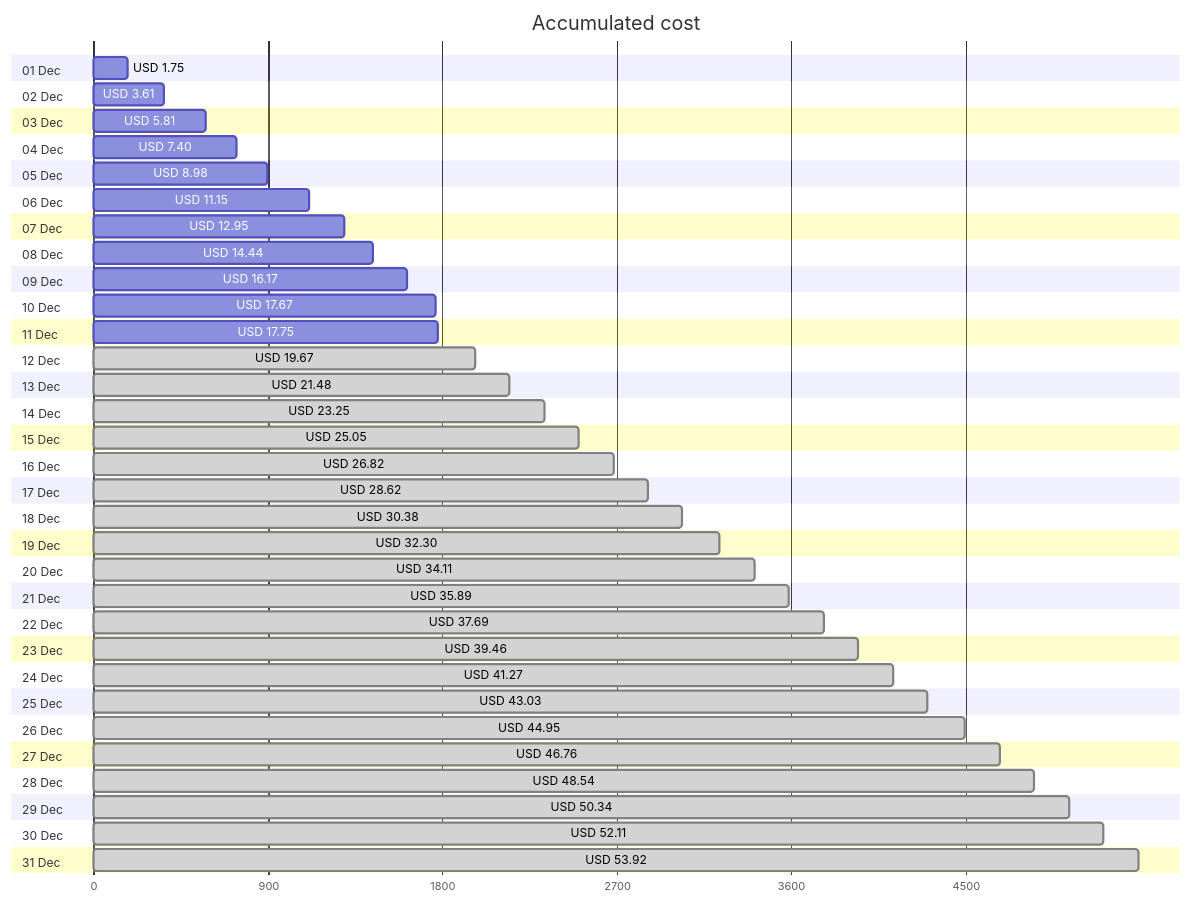
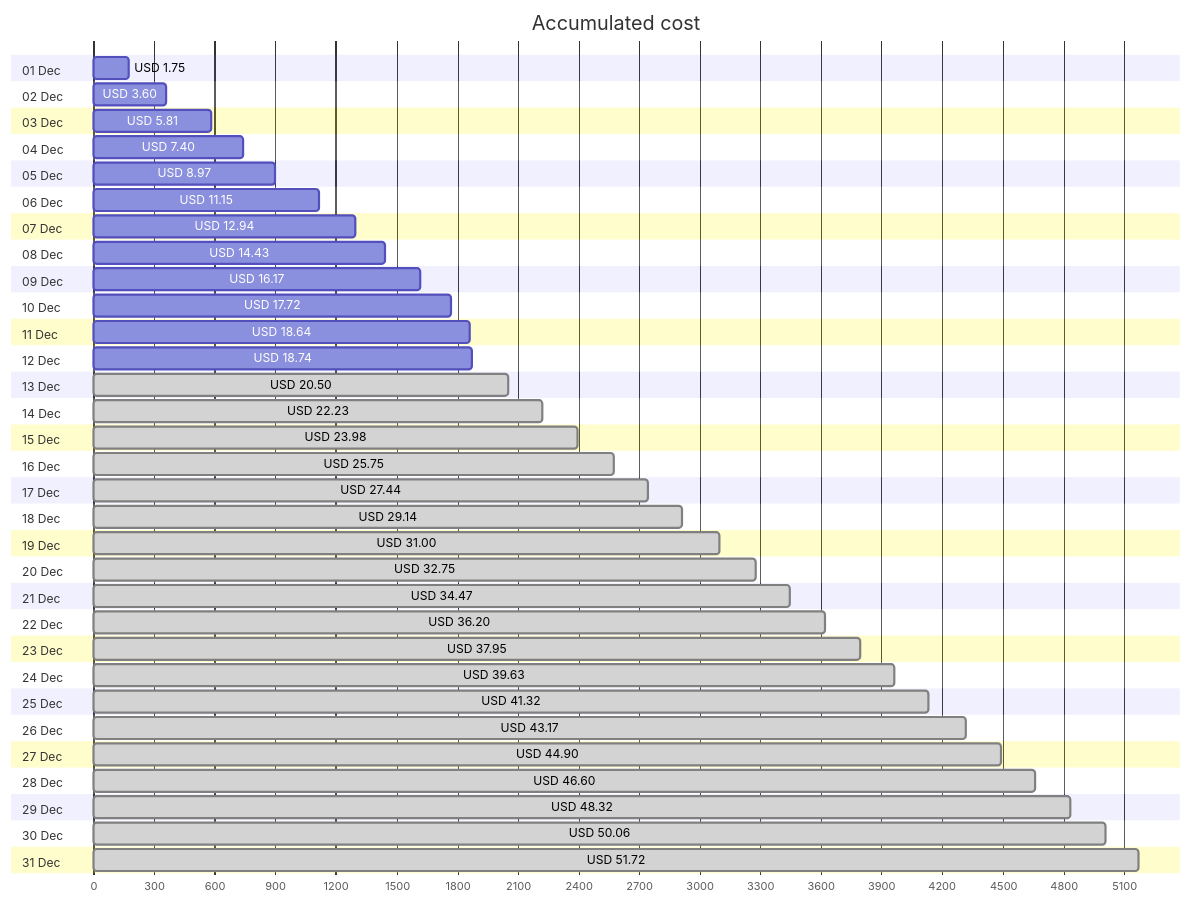
One commit to jpfulton/azure-personal-reports changed the first of 4 diagrams in cost-reports/personal-network/README.md. Above: the diagram before and after it, drawn with Mermaid. The commit also changed other lines of this file and 8 other files, not shown here.

````diff
--- a/cost-reports/personal-network/README.md
+++ b/cost-reports/personal-network/README.md
@@ -20,68 +20,68 @@
 ```mermaid
 gantt
    title Accumulated cost
    dateFormat  X
    axisFormat %s
    section 01 Dec
    USD 1.75 :0, 175
    section 02 Dec
-   USD 3.61 :0, 361
+   USD 3.60 :0, 360
    section 03 Dec
    USD 5.81 :0, 581
    section 04 Dec
    USD 7.40 :0, 740
    section 05 Dec
-   USD 8.98 :0, 898
+   USD 8.97 :0, 897
    section 06 Dec
    USD 11.15 :0, 1115
    section 07 Dec
-   USD 12.95 :0, 1295
+   USD 12.94 :0, 1294
    section 08 Dec
-   USD 14.44 :0, 1444
+   USD 14.43 :0, 1443
    section 09 Dec
    USD 16.17 :0, 1617
    section 10 Dec
-   USD 17.67 :0, 1767
+   USD 17.72 :0, 1772
    section 11 Dec
-   USD 17.75 :0, 1775
+   USD 18.64 :0, 1864
    section 12 Dec
-   USD 19.67 : done, 0, 1967
+   USD 18.74 :0, 1874
    section 13 Dec
-   USD 21.48 : done, 0, 2148
+   USD 20.50 : done, 0, 2050
    section 14 Dec
-   USD 23.25 : done, 0, 2325
+   USD 22.23 : done, 0, 2223
    section 15 Dec
-   USD 25.05 : done, 0, 2505
+   USD 23.98 : done, 0, 2398
    section 16 Dec
-   USD 26.82 : done, 0, 2682
+   USD 25.75 : done, 0, 2575
    section 17 Dec
-   USD 28.62 : done, 0, 2862
+   USD 27.44 : done, 0, 2744
    section 18 Dec
-   USD 30.38 : done, 0, 3038
+   USD 29.14 : done, 0, 2914
    section 19 Dec
-   USD 32.30 : done, 0, 3230
+   USD 31.00 : done, 0, 3100
    section 20 Dec
-   USD 34.11 : done, 0, 3411
+   USD 32.75 : done, 0, 3275
    section 21 Dec
-   USD 35.89 : done, 0, 3589
+   USD 34.47 : done, 0, 3447
    section 22 Dec
-   USD 37.69 : done, 0, 3769
+   USD 36.20 : done, 0, 3620
    section 23 Dec
-   USD 39.46 : done, 0, 3946
+   USD 37.95 : done, 0, 3795
    section 24 Dec
-   USD 41.27 : done, 0, 4127
+   USD 39.63 : done, 0, 3963
    section 25 Dec
-   USD 43.03 : done, 0, 4303
+   USD 41.32 : done, 0, 4132
    section 26 Dec
-   USD 44.95 : done, 0, 4495
+   USD 43.17 : done, 0, 4317
    section 27 Dec
-   USD 46.76 : done, 0, 4676
+   USD 44.90 : done, 0, 4490
    section 28 Dec
-   USD 48.54 : done, 0, 4854
+   USD 46.60 : done, 0, 4660
    section 29 Dec
-   USD 50.34 : done, 0, 5034
+   USD 48.32 : done, 0, 4832
    section 30 Dec
-   USD 52.11 : done, 0, 5211
+   USD 50.06 : done, 0, 5006
    section 31 Dec
-   USD 53.92 : done, 0, 5392
+   USD 51.72 : done, 0, 5172
 ```
````
